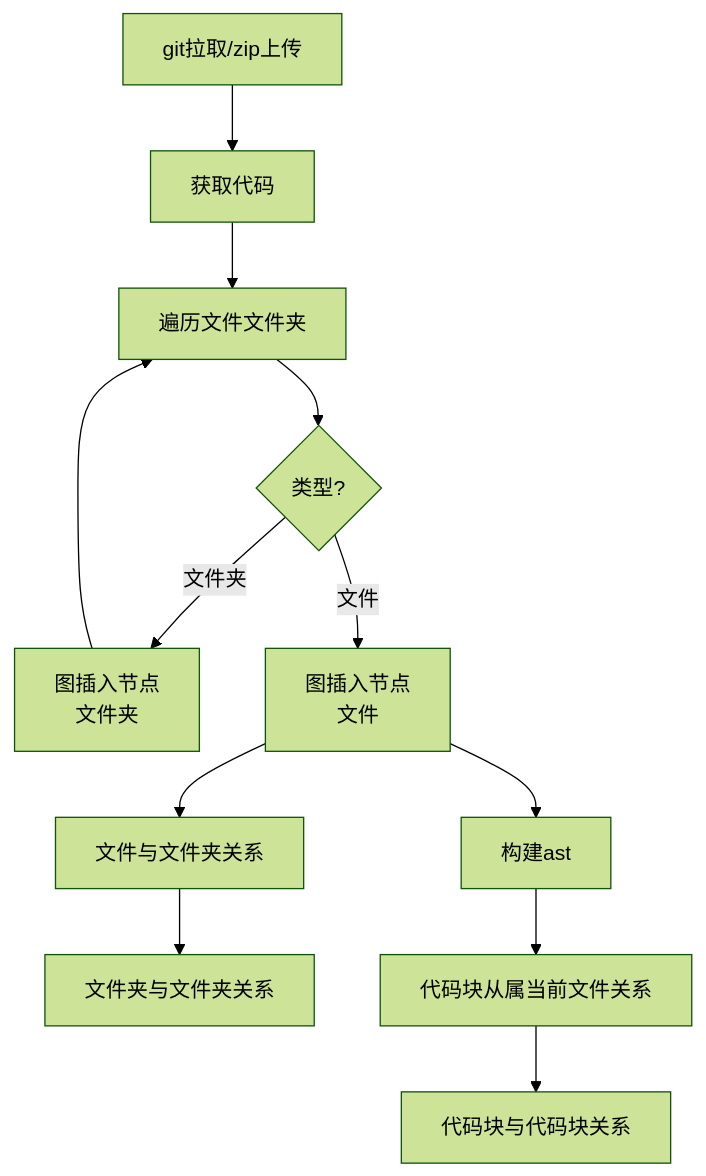
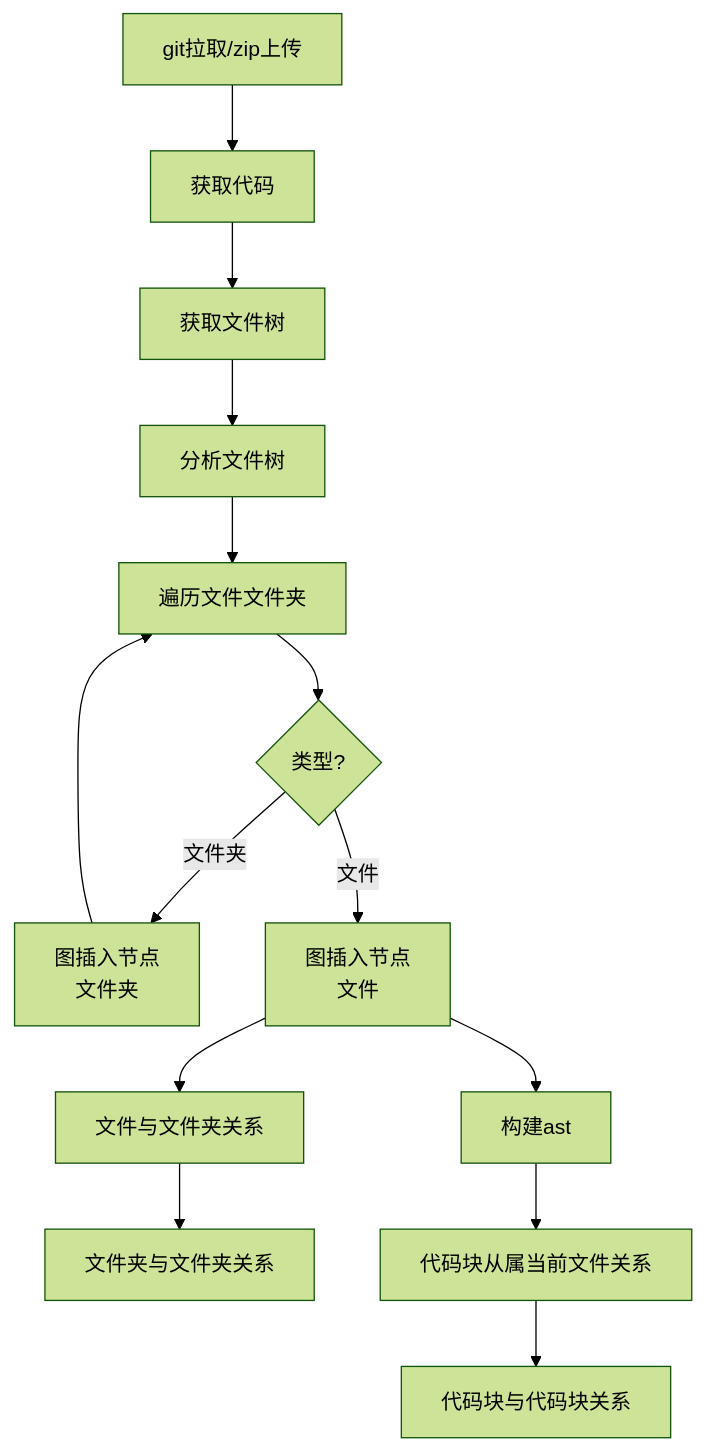
One commit to codebiu/server-example changed the first of 2 diagrams in src/utils/rag/flow.md. Above: the diagram before and after it, drawn with Mermaid (forest theme). The commit also changed other lines of this file and 34 other files, not shown here.

````diff
--- a/src/utils/rag/flow.md
+++ b/src/utils/rag/flow.md
@@ -16,15 +16,15 @@
 ```mermaid
 graph TD;
     A[git拉取/zip上传] 
-    -->B[获取代码]-->B1[遍历文件文件夹]
+    -->B[获取代码]-->B00[获取文件树]-->B0[分析文件树]-->B1[遍历文件文件夹]
     --> C{类型?};
     C --> |文件夹| D[图插入节点
     文件夹]--> B1;
     C --> |文件| E[
         图插入节点
         文件
         ]
 
     E --> 文件与文件夹关系 --> 文件夹与文件夹关系
     E --> 构建ast --> 代码块从属当前文件关系 --> 代码块与代码块关系
 ```
````
